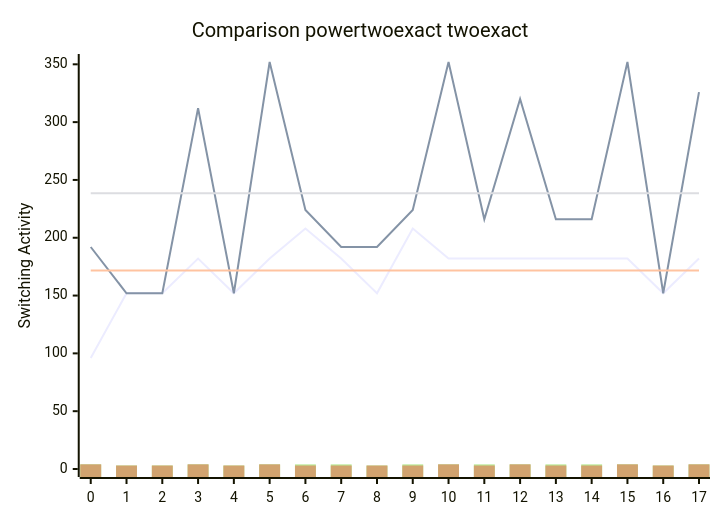
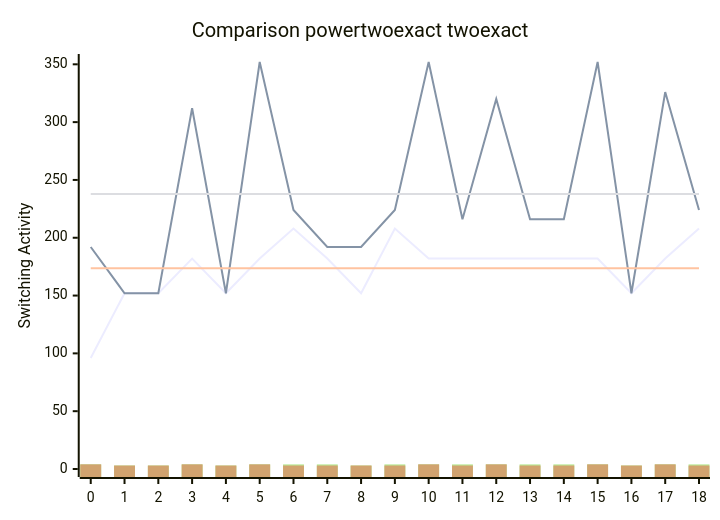
Before and after one commit to FeldmeierMichael/Exact-Power-Synthesis: the diagram in benchmark.md, drawn with Mermaid. The commit also changed other lines of this file and 2 other files, not shown here.

````diff
--- a/benchmark.md
+++ b/benchmark.md
@@ -37,12 +39,12 @@
 ```mermaid
 xychart-beta
     title "Comparison powertwoexact twoexact"
-    x-axis [0, 1, 2, 3, 4, 5, 6, 7, 8, 9, 10, 11, 12, 13, 14, 15, 16, 17]
+    x-axis [0, 1, 2, 3, 4, 5, 6, 7, 8, 9, 10, 11, 12, 13, 14, 15, 16, 17, 18]
     y-axis "Switching Activity" 0-->352
-    line [96, 152, 152, 182, 152, 182, 208, 182, 152, 208, 182, 182, 182, 182, 182, 182, 152, 182]
-    line [192, 152, 152, 312, 152, 352, 224, 192, 192, 224, 352, 216, 320, 216, 216, 352, 152, 326]
-    line [171.77777777777777, 171.77777777777777, 171.77777777777777, 171.77777777777777, 171.77777777777777, 171.77777777777777, 171.77777777777777, 171.77777777777777, 171.77777777777777, 171.77777777777777, 171.77777777777777, 171.77777777777777, 171.77777777777777, 171.77777777777777, 171.77777777777777, 171.77777777777777, 171.77777777777777, 171.77777777777777]
-    line [238.55555555555554, 238.55555555555554, 238.55555555555554, 238.55555555555554, 238.55555555555554, 238.55555555555554, 238.55555555555554, 238.55555555555554, 238.55555555555554, 238.55555555555554, 238.55555555555554, 238.55555555555554, 238.55555555555554, 238.55555555555554, 238.55555555555554, 238.55555555555554, 238.55555555555554, 238.55555555555554]
-    bar [4, 3, 3, 4, 3, 4, 4, 4, 3, 4, 4, 4, 4, 4, 4, 4, 3, 4, 4, 3, 3, 4, 3, 4, 4, 4, 3, 4, 4, 4, 4, 4, 4, 4, 3, 4, 4, 3, 3, 4, 3, 4, 4, 4, 3, 4, 4, 4, 4, 4, 4, 4, 3, 4, 4, 3, 3, 4, 3, 4, 4, 4, 3, 4, 4, 4, 4, 4, 4, 4, 3, 4, 4, 3, 3, 4, 3, 4, 4, 4, 3, 4, 4, 4, 4, 4, 4, 4, 3, 4, 4, 3, 3, 4, 3, 4, 4, 4, 3, 4, 4, 4, 4, 4, 4, 4, 3, 4, 4, 3, 3, 4, 3, 4, 4, 4, 3, 4, 4, 4, 4, 4, 4, 4, 3, 4, 4, 3, 3, 4, 3, 4, 4, 4, 3, 4, 4, 4, 4, 4, 4, 4, 3, 4, 4, 3, 3, 4, 3, 4, 4, 4, 3, 4, 4, 4, 4, 4, 4, 4, 3, 4, 4, 3, 3, 4, 3, 4, 4, 4, 3, 4, 4, 4, 4, 4, 4, 4, 3, 4, 4, 3, 3, 4, 3, 4, 4, 4, 3, 4, 4, 4, 4, 4, 4, 4, 3, 4, 4, 3, 3, 4, 3, 4, 4, 4, 3, 4, 4, 4, 4, 4, 4, 4, 3, 4, 4, 3, 3, 4, 3, 4, 4, 4, 3, 4, 4, 4, 4, 4, 4, 4, 3, 4, 4, 3, 3, 4, 3, 4, 4, 4, 3, 4, 4, 4, 4, 4, 4, 4, 3, 4, 4, 3, 3, 4, 3, 4, 4, 4, 3, 4, 4, 4, 4, 4, 4, 4, 3, 4, 4, 3, 3, 4, 3, 4, 4, 4, 3, 4, 4, 4, 4, 4, 4, 4, 3, 4, 4, 3, 3, 4, 3, 4, 4, 4, 3, 4, 4, 4, 4, 4, 4, 4, 3, 4, 4, 3, 3, 4, 3, 4, 4, 4, 3, 4, 4, 4, 4, 4, 4, 4, 3, 4, 4, 3, 3, 4, 3, 4, 4, 4, 3, 4, 4, 4, 4, 4, 4, 4, 3, 4, 4, 3, 3, 4, 3, 4, 4, 4, 3, 4, 4, 4, 4, 4, 4, 4, 3, 4]
-    bar [4, 3, 3, 4, 3, 4, 3, 3, 3, 3, 4, 3, 4, 3, 3, 4, 3, 4, 4, 3, 3, 4, 3, 4, 3, 3, 3, 3, 4, 3, 4, 3, 3, 4, 3, 4, 4, 3, 3, 4, 3, 4, 3, 3, 3, 3, 4, 3, 4, 3, 3, 4, 3, 4, 4, 3, 3, 4, 3, 4, 3, 3, 3, 3, 4, 3, 4, 3, 3, 4, 3, 4, 4, 3, 3, 4, 3, 4, 3, 3, 3, 3, 4, 3, 4, 3, 3, 4, 3, 4, 4, 3, 3, 4, 3, 4, 3, 3, 3, 3, 4, 3, 4, 3, 3, 4, 3, 4, 4, 3, 3, 4, 3, 4, 3, 3, 3, 3, 4, 3, 4, 3, 3, 4, 3, 4, 4, 3, 3, 4, 3, 4, 3, 3, 3, 3, 4, 3, 4, 3, 3, 4, 3, 4, 4, 3, 3, 4, 3, 4, 3, 3, 3, 3, 4, 3, 4, 3, 3, 4, 3, 4, 4, 3, 3, 4, 3, 4, 3, 3, 3, 3, 4, 3, 4, 3, 3, 4, 3, 4, 4, 3, 3, 4, 3, 4, 3, 3, 3, 3, 4, 3, 4, 3, 3, 4, 3, 4, 4, 3, 3, 4, 3, 4, 3, 3, 3, 3, 4, 3, 4, 3, 3, 4, 3, 4, 4, 3, 3, 4, 3, 4, 3, 3, 3, 3, 4, 3, 4, 3, 3, 4, 3, 4, 4, 3, 3, 4, 3, 4, 3, 3, 3, 3, 4, 3, 4, 3, 3, 4, 3, 4, 4, 3, 3, 4, 3, 4, 3, 3, 3, 3, 4, 3, 4, 3, 3, 4, 3, 4, 4, 3, 3, 4, 3, 4, 3, 3, 3, 3, 4, 3, 4, 3, 3, 4, 3, 4, 4, 3, 3, 4, 3, 4, 3, 3, 3, 3, 4, 3, 4, 3, 3, 4, 3, 4, 4, 3, 3, 4, 3, 4, 3, 3, 3, 3, 4, 3, 4, 3, 3, 4, 3, 4, 4, 3, 3, 4, 3, 4, 3, 3, 3, 3, 4, 3, 4, 3, 3, 4, 3, 4, 4, 3, 3, 4, 3, 4, 3, 3, 3, 3, 4, 3, 4, 3, 3, 4, 3, 4]
+    line [96, 152, 152, 182, 152, 182, 208, 182, 152, 208, 182, 182, 182, 182, 182, 182, 152, 182, 208]
+    line [192, 152, 152, 312, 152, 352, 224, 192, 192, 224, 352, 216, 320, 216, 216, 352, 152, 326, 224]
+    line [173.68421052631578, 173.68421052631578, 173.68421052631578, 173.68421052631578, 173.68421052631578, 173.68421052631578, 173.68421052631578, 173.68421052631578, 173.68421052631578, 173.68421052631578, 173.68421052631578, 173.68421052631578, 173.68421052631578, 173.68421052631578, 173.68421052631578, 173.68421052631578, 173.68421052631578, 173.68421052631578, 173.68421052631578]
+    line [237.78947368421052, 237.78947368421052, 237.78947368421052, 237.78947368421052, 237.78947368421052, 237.78947368421052, 237.78947368421052, 237.78947368421052, 237.78947368421052, 237.78947368421052, 237.78947368421052, 237.78947368421052, 237.78947368421052, 237.78947368421052, 237.78947368421052, 237.78947368421052, 237.78947368421052, 237.78947368421052, 237.78947368421052]
+    bar [4, 3, 3, 4, 3, 4, 4, 4, 3, 4, 4, 4, 4, 4, 4, 4, 3, 4, 4, 4, 3, 3, 4, 3, 4, 4, 4, 3, 4, 4, 4, 4, 4, 4, 4, 3, 4, 4, 4, 3, 3, 4, 3, 4, 4, 4, 3, 4, 4, 4, 4, 4, 4, 4, 3, 4, 4, 4, 3, 3, 4, 3, 4, 4, 4, 3, 4, 4, 4, 4, 4, 4, 4, 3, 4, 4, 4, 3, 3, 4, 3, 4, 4, 4, 3, 4, 4, 4, 4, 4, 4, 4, 3, 4, 4, 4, 3, 3, 4, 3, 4, 4, 4, 3, 4, 4, 4, 4, 4, 4, 4, 3, 4, 4, 4, 3, 3, 4, 3, 4, 4, 4, 3, 4, 4, 4, 4, 4, 4, 4, 3, 4, 4, 4, 3, 3, 4, 3, 4, 4, 4, 3, 4, 4, 4, 4, 4, 4, 4, 3, 4, 4, 4, 3, 3, 4, 3, 4, 4, 4, 3, 4, 4, 4, 4, 4, 4, 4, 3, 4, 4, 4, 3, 3, 4, 3, 4, 4, 4, 3, 4, 4, 4, 4, 4, 4, 4, 3, 4, 4, 4, 3, 3, 4, 3, 4, 4, 4, 3, 4, 4, 4, 4, 4, 4, 4, 3, 4, 4, 4, 3, 3, 4, 3, 4, 4, 4, 3, 4, 4, 4, 4, 4, 4, 4, 3, 4, 4, 4, 3, 3, 4, 3, 4, 4, 4, 3, 4, 4, 4, 4, 4, 4, 4, 3, 4, 4, 4, 3, 3, 4, 3, 4, 4, 4, 3, 4, 4, 4, 4, 4, 4, 4, 3, 4, 4, 4, 3, 3, 4, 3, 4, 4, 4, 3, 4, 4, 4, 4, 4, 4, 4, 3, 4, 4, 4, 3, 3, 4, 3, 4, 4, 4, 3, 4, 4, 4, 4, 4, 4, 4, 3, 4, 4, 4, 3, 3, 4, 3, 4, 4, 4, 3, 4, 4, 4, 4, 4, 4, 4, 3, 4, 4, 4, 3, 3, 4, 3, 4, 4, 4, 3, 4, 4, 4, 4, 4, 4, 4, 3, 4, 4, 4, 3, 3, 4, 3, 4, 4, 4, 3, 4, 4, 4, 4, 4, 4, 4, 3, 4, 4, 4, 3, 3, 4, 3, 4, 4, 4, 3, 4, 4, 4, 4, 4, 4, 4, 3, 4, 4]
+    bar [4, 3, 3, 4, 3, 4, 3, 3, 3, 3, 4, 3, 4, 3, 3, 4, 3, 4, 3, 4, 3, 3, 4, 3, 4, 3, 3, 3, 3, 4, 3, 4, 3, 3, 4, 3, 4, 3, 4, 3, 3, 4, 3, 4, 3, 3, 3, 3, 4, 3, 4, 3, 3, 4, 3, 4, 3, 4, 3, 3, 4, 3, 4, 3, 3, 3, 3, 4, 3, 4, 3, 3, 4, 3, 4, 3, 4, 3, 3, 4, 3, 4, 3, 3, 3, 3, 4, 3, 4, 3, 3, 4, 3, 4, 3, 4, 3, 3, 4, 3, 4, 3, 3, 3, 3, 4, 3, 4, 3, 3, 4, 3, 4, 3, 4, 3, 3, 4, 3, 4, 3, 3, 3, 3, 4, 3, 4, 3, 3, 4, 3, 4, 3, 4, 3, 3, 4, 3, 4, 3, 3, 3, 3, 4, 3, 4, 3, 3, 4, 3, 4, 3, 4, 3, 3, 4, 3, 4, 3, 3, 3, 3, 4, 3, 4, 3, 3, 4, 3, 4, 3, 4, 3, 3, 4, 3, 4, 3, 3, 3, 3, 4, 3, 4, 3, 3, 4, 3, 4, 3, 4, 3, 3, 4, 3, 4, 3, 3, 3, 3, 4, 3, 4, 3, 3, 4, 3, 4, 3, 4, 3, 3, 4, 3, 4, 3, 3, 3, 3, 4, 3, 4, 3, 3, 4, 3, 4, 3, 4, 3, 3, 4, 3, 4, 3, 3, 3, 3, 4, 3, 4, 3, 3, 4, 3, 4, 3, 4, 3, 3, 4, 3, 4, 3, 3, 3, 3, 4, 3, 4, 3, 3, 4, 3, 4, 3, 4, 3, 3, 4, 3, 4, 3, 3, 3, 3, 4, 3, 4, 3, 3, 4, 3, 4, 3, 4, 3, 3, 4, 3, 4, 3, 3, 3, 3, 4, 3, 4, 3, 3, 4, 3, 4, 3, 4, 3, 3, 4, 3, 4, 3, 3, 3, 3, 4, 3, 4, 3, 3, 4, 3, 4, 3, 4, 3, 3, 4, 3, 4, 3, 3, 3, 3, 4, 3, 4, 3, 3, 4, 3, 4, 3, 4, 3, 3, 4, 3, 4, 3, 3, 3, 3, 4, 3, 4, 3, 3, 4, 3, 4, 3, 4, 3, 3, 4, 3, 4, 3, 3, 3, 3, 4, 3, 4, 3, 3, 4, 3, 4, 3]
 ```
````
